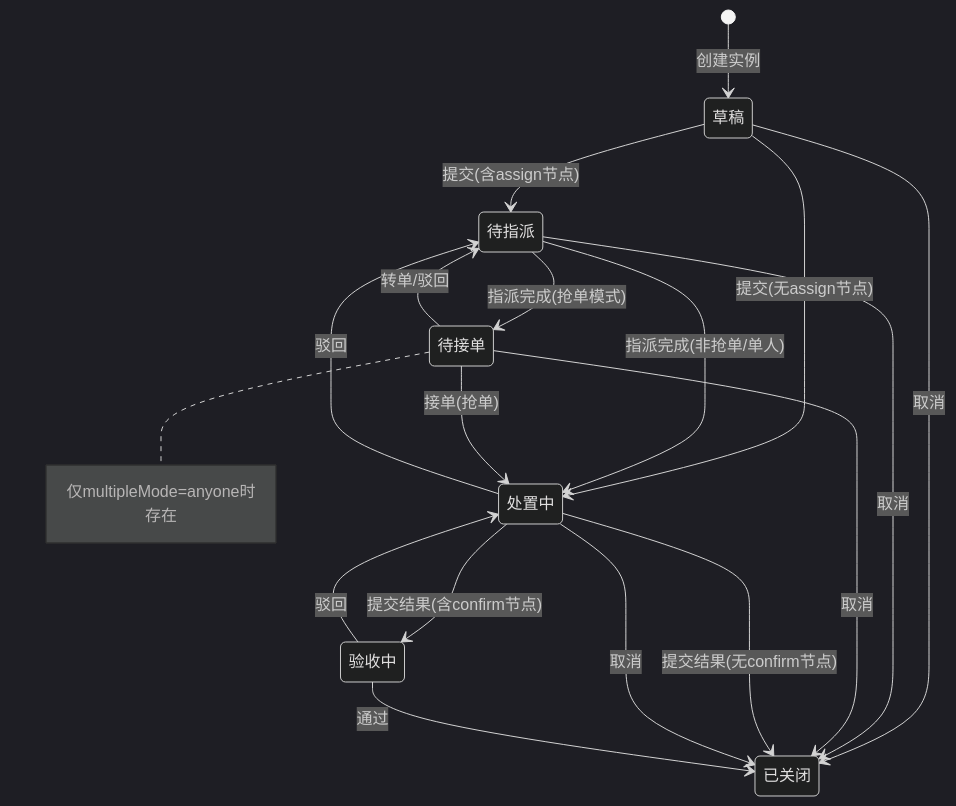
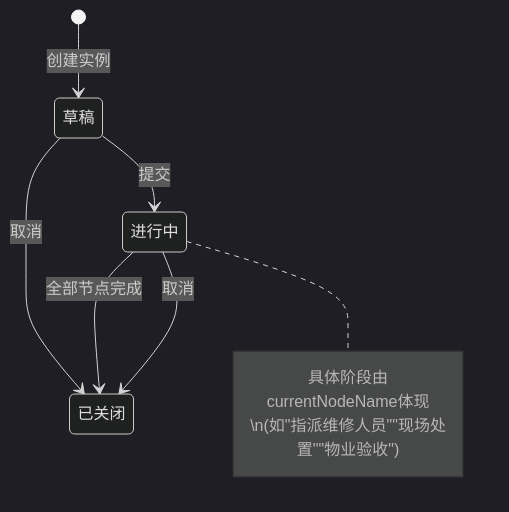
Before and after one commit to LiSunny/SaaS_Demo: the diagram in docs/ai-spec/工单监控/工单监控列表.md, drawn with Mermaid (dark theme). The commit also changed other lines of this file and 53 other files, not shown here.

Commit message:
feat: 导航重构、平台岗位配置、新增设备/物联/管理视图及文档更新

````diff
--- a/docs/ai-spec/工单监控/工单监控列表.md
+++ b/docs/ai-spec/工单监控/工单监控列表.md
@@ -156,20 +153,9 @@
 ```mermaid
 stateDiagram-v2
     [*] --> 草稿 : 创建实例
-    草稿 --> 待指派 : 提交(含assign节点)
-    草稿 --> 处置中 : 提交(无assign节点)
+    草稿 --> 进行中 : 提交
     草稿 --> 已关闭 : 取消
-    待指派 --> 待接单 : 指派完成(抢单模式)
-    待指派 --> 处置中 : 指派完成(非抢单/单人)
-    待指派 --> 已关闭 : 取消
-    待接单 --> 处置中 : 接单(抢单)
-    待接单 --> 待指派 : 转单/驳回
-    待接单 --> 已关闭 : 取消
-    处置中 --> 验收中 : 提交结果(含confirm节点)
-    处置中 --> 已关闭 : 提交结果(无confirm节点)
-    处置中 --> 待指派 : 驳回
-    处置中 --> 已关闭 : 取消
-    验收中 --> 已关闭 : 通过
-    验收中 --> 处置中 : 驳回
-    note right of 待接单: 仅multipleMode=anyone时存在
+    进行中 --> 已关闭 : 全部节点完成
+    进行中 --> 已关闭 : 取消
+    note right of 进行中: 具体阶段由currentNodeName体现\n(如"指派维修人员""现场处置""物业验收")
 ```
````
